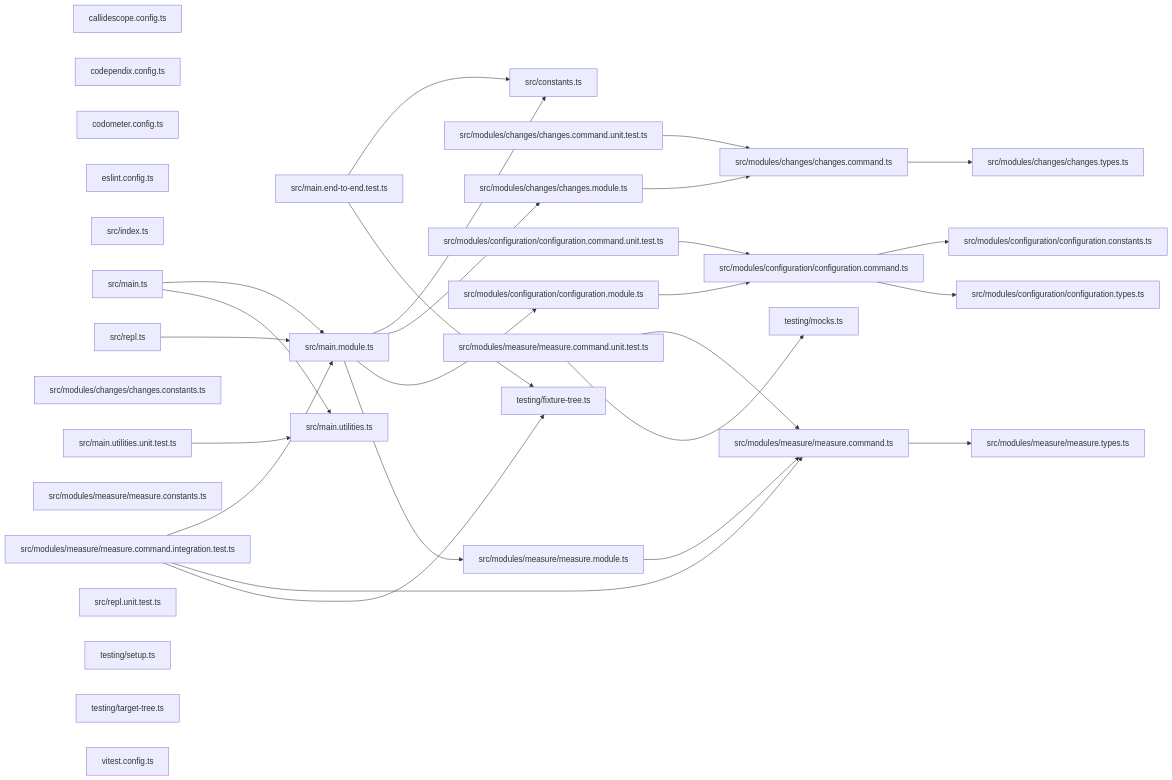
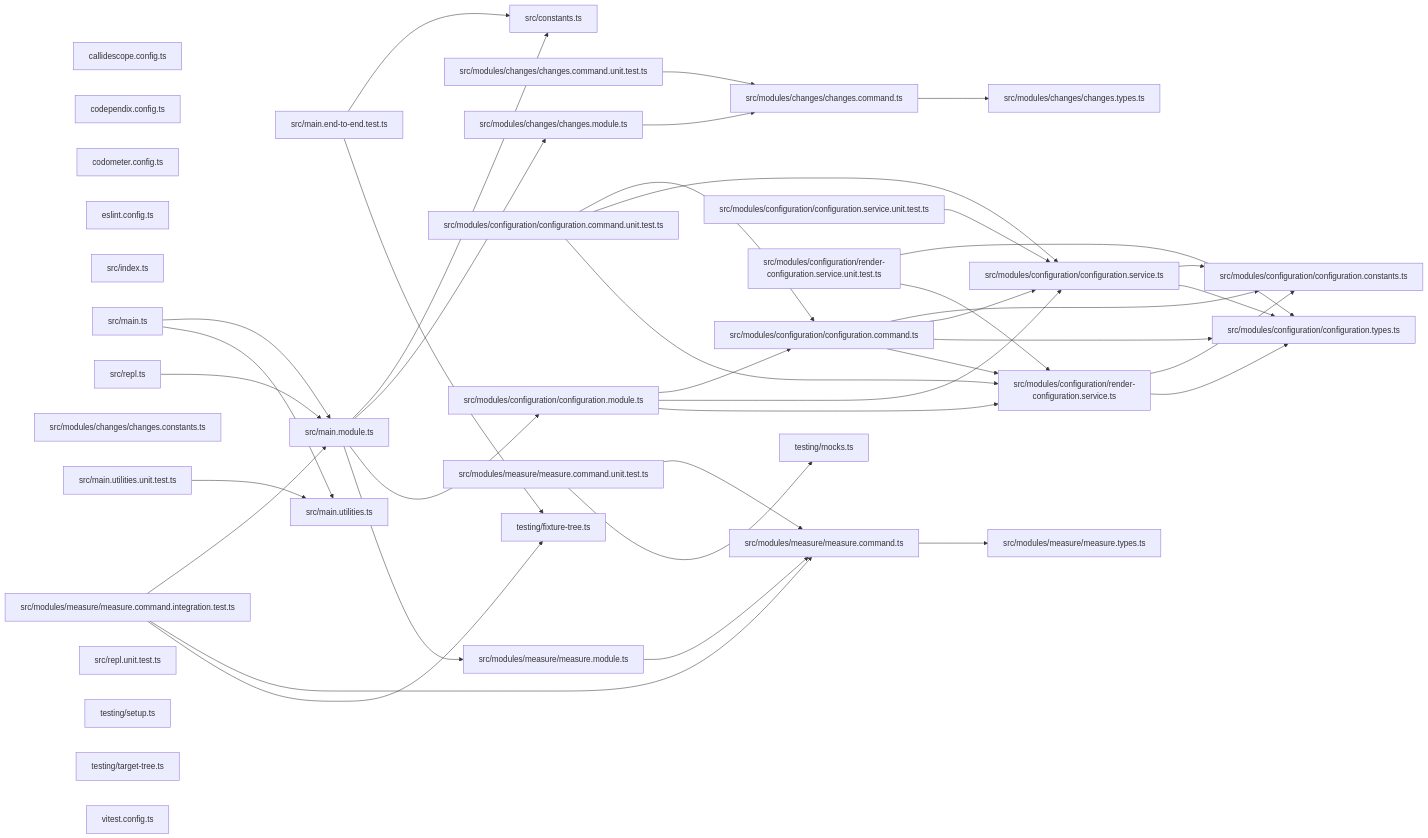
The third of 3 diagrams in packages/ic-suite/codometer/codometer-cli/README.md (JimmyPaolini/codebase), drawn with Mermaid before and after one commit. The commit also changed other lines of this file and 108 other files, not shown here.

````diff
--- a/packages/ic-suite/codometer/codometer-cli/README.md
+++ b/packages/ic-suite/codometer/codometer-cli/README.md
@@ -972,61 +973,77 @@
 ```mermaid
 graph LR
   file_callidescope_config_ts["callidescope.config.ts"]
   file_codependix_config_ts["codependix.config.ts"]
   file_codometer_config_ts["codometer.config.ts"]
   file_eslint_config_ts["eslint.config.ts"]
   file_src_constants_ts["src/constants.ts"]
   file_src_index_ts["src/index.ts"]
   file_src_main_end_to_end_test_ts["src/main.end-to-end.test.ts"]
   file_src_main_module_ts["src/main.module.ts"]
   file_src_main_ts["src/main.ts"]
   file_src_main_utilities_ts["src/main.utilities.ts"]
   file_src_main_utilities_unit_test_ts["src/main.utilities.unit.test.ts"]
   file_src_modules_changes_changes_command_ts["src/modules/changes/changes.command.ts"]
   file_src_modules_changes_changes_command_unit_test_ts["src/modules/changes/changes.command.unit.test.ts"]
   file_src_modules_changes_changes_constants_ts["src/modules/changes/changes.constants.ts"]
   file_src_modules_changes_changes_module_ts["src/modules/changes/changes.module.ts"]
   file_src_modules_changes_changes_types_ts["src/modules/changes/changes.types.ts"]
   file_src_modules_configuration_configuration_command_ts["src/modules/configuration/configuration.command.ts"]
   file_src_modules_configuration_configuration_command_unit_test_ts["src/modules/configuration/configuration.command.unit.test.ts"]
   file_src_modules_configuration_configuration_constants_ts["src/modules/configuration/configuration.constants.ts"]
   file_src_modules_configuration_configuration_module_ts["src/modules/configuration/configuration.module.ts"]
+  file_src_modules_configuration_configuration_service_ts["src/modules/configuration/configuration.service.ts"]
+  file_src_modules_configuration_configuration_service_unit_test_ts["src/modules/configuration/configuration.service.unit.test.ts"]
   file_src_modules_configuration_configuration_types_ts["src/modules/configuration/configuration.types.ts"]
+  file_src_modules_configuration_render_configuration_service_ts["src/modules/configuration/render-configuration.service.ts"]
+  file_src_modules_configuration_render_configuration_service_unit_test_ts["src/modules/configuration/render-configuration.service.unit.test.ts"]
   file_src_modules_measure_measure_command_integration_test_ts["src/modules/measure/measure.command.integration.test.ts"]
   file_src_modules_measure_measure_command_ts["src/modules/measure/measure.command.ts"]
   file_src_modules_measure_measure_command_unit_test_ts["src/modules/measure/measure.command.unit.test.ts"]
-  file_src_modules_measure_measure_constants_ts["src/modules/measure/measure.constants.ts"]
   file_src_modules_measure_measure_module_ts["src/modules/measure/measure.module.ts"]
   file_src_modules_measure_measure_types_ts["src/modules/measure/measure.types.ts"]
   file_src_repl_ts["src/repl.ts"]
   file_src_repl_unit_test_ts["src/repl.unit.test.ts"]
   file_testing_fixture_tree_ts["testing/fixture-tree.ts"]
   file_testing_mocks_ts["testing/mocks.ts"]
   file_testing_setup_ts["testing/setup.ts"]
   file_testing_target_tree_ts["testing/target-tree.ts"]
   file_vitest_config_ts["vitest.config.ts"]
   file_src_main_end_to_end_test_ts --> file_src_constants_ts
   file_src_main_end_to_end_test_ts --> file_testing_fixture_tree_ts
   file_src_main_module_ts --> file_src_constants_ts
   file_src_main_module_ts --> file_src_modules_changes_changes_module_ts
   file_src_main_module_ts --> file_src_modules_configuration_configuration_module_ts
   file_src_main_module_ts --> file_src_modules_measure_measure_module_ts
   file_src_main_ts --> file_src_main_module_ts
   file_src_main_ts --> file_src_main_utilities_ts
   file_src_main_utilities_unit_test_ts --> file_src_main_utilities_ts
   file_src_modules_changes_changes_command_ts --> file_src_modules_changes_changes_types_ts
   file_src_modules_changes_changes_command_unit_test_ts --> file_src_modules_changes_changes_command_ts
   file_src_modules_changes_changes_module_ts --> file_src_modules_changes_changes_command_ts
   file_src_modules_configuration_configuration_command_ts --> file_src_modules_configuration_configuration_constants_ts
+  file_src_modules_configuration_configuration_command_ts --> file_src_modules_configuration_configuration_service_ts
   file_src_modules_configuration_configuration_command_ts --> file_src_modules_configuration_configuration_types_ts
+  file_src_modules_configuration_configuration_command_ts --> file_src_modules_configuration_render_configuration_service_ts
   file_src_modules_configuration_configuration_command_unit_test_ts --> file_src_modules_configuration_configuration_command_ts
+  file_src_modules_configuration_configuration_command_unit_test_ts --> file_src_modules_configuration_configuration_service_ts
+  file_src_modules_configuration_configuration_command_unit_test_ts --> file_src_modules_configuration_render_configuration_service_ts
   file_src_modules_configuration_configuration_module_ts --> file_src_modules_configuration_configuration_command_ts
+  file_src_modules_configuration_configuration_module_ts --> file_src_modules_configuration_configuration_service_ts
+  file_src_modules_configuration_configuration_module_ts --> file_src_modules_configuration_render_configuration_service_ts
+  file_src_modules_configuration_configuration_service_ts --> file_src_modules_configuration_configuration_constants_ts
+  file_src_modules_configuration_configuration_service_ts --> file_src_modules_configuration_configuration_types_ts
+  file_src_modules_configuration_configuration_service_unit_test_ts --> file_src_modules_configuration_configuration_service_ts
+  file_src_modules_configuration_render_configuration_service_ts --> file_src_modules_configuration_configuration_constants_ts
+  file_src_modules_configuration_render_configuration_service_ts --> file_src_modules_configuration_configuration_types_ts
+  file_src_modules_configuration_render_configuration_service_unit_test_ts --> file_src_modules_configuration_configuration_types_ts
+  file_src_modules_configuration_render_configuration_service_unit_test_ts --> file_src_modules_configuration_render_configuration_service_ts
   file_src_modules_measure_measure_command_integration_test_ts --> file_src_main_module_ts
   file_src_modules_measure_measure_command_integration_test_ts --> file_src_modules_measure_measure_command_ts
   file_src_modules_measure_measure_command_integration_test_ts --> file_testing_fixture_tree_ts
   file_src_modules_measure_measure_command_ts --> file_src_modules_measure_measure_types_ts
   file_src_modules_measure_measure_command_unit_test_ts --> file_src_modules_measure_measure_command_ts
   file_src_modules_measure_measure_command_unit_test_ts --> file_testing_mocks_ts
   file_src_modules_measure_measure_module_ts --> file_src_modules_measure_measure_command_ts
   file_src_repl_ts --> file_src_main_module_ts
 ```
````
